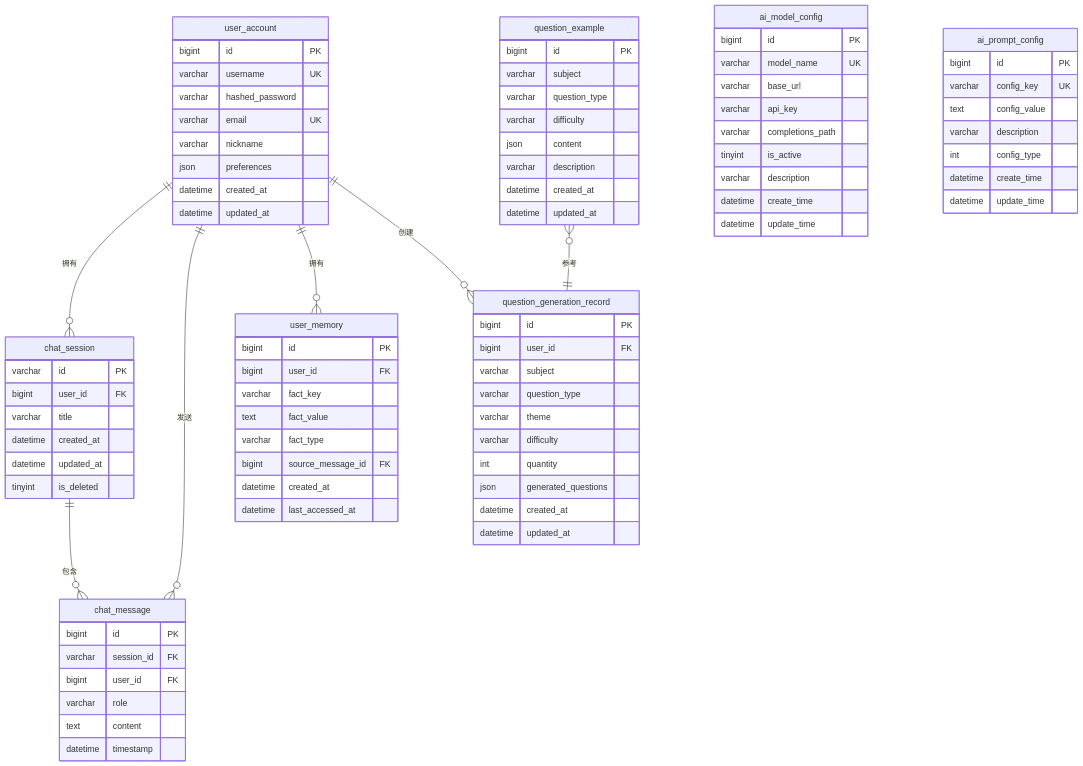
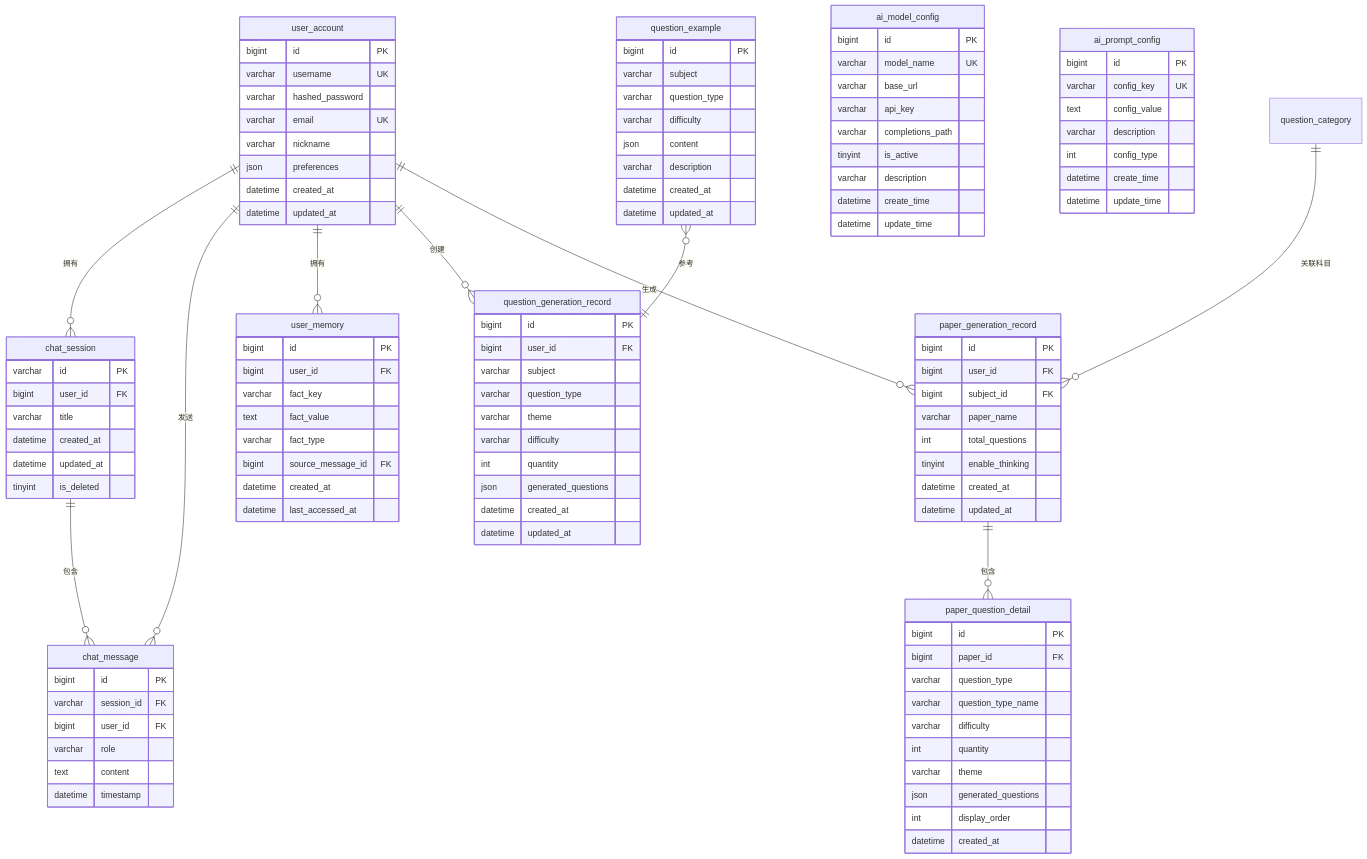
Before and after one commit to N1etZsch3/Novi: the diagram in docs/02-架构设计/数据库设计文档.md, drawn with Mermaid. The commit also changed other lines of this file and 11 other files, not shown here.

````diff
--- a/docs/02-架构设计/数据库设计文档.md
+++ b/docs/02-架构设计/数据库设计文档.md
@@ -103,4 +103,32 @@
         datetime created_at
         datetime updated_at
     }
+
+    paper_generation_record {
+        bigint id PK
+        bigint user_id FK
+        bigint subject_id FK
+        varchar paper_name
+        int total_questions
+        tinyint enable_thinking
+        datetime created_at
+        datetime updated_at
+    }
+
+    paper_question_detail {
+        bigint id PK
+        bigint paper_id FK
+        varchar question_type
+        varchar question_type_name
+        varchar difficulty
+        int quantity
+        varchar theme
+        json generated_questions
+        int display_order
+        datetime created_at
+    }
+
+    user_account ||--o{ paper_generation_record : "生成"
+    paper_generation_record ||--o{ paper_question_detail : "包含"
+    question_category ||--o{ paper_generation_record : "关联科目"
 ```
````
